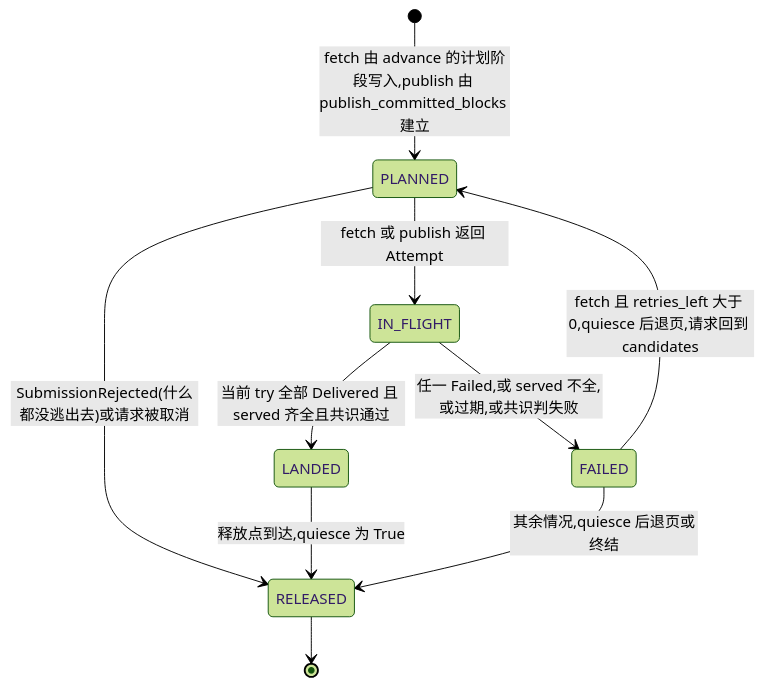
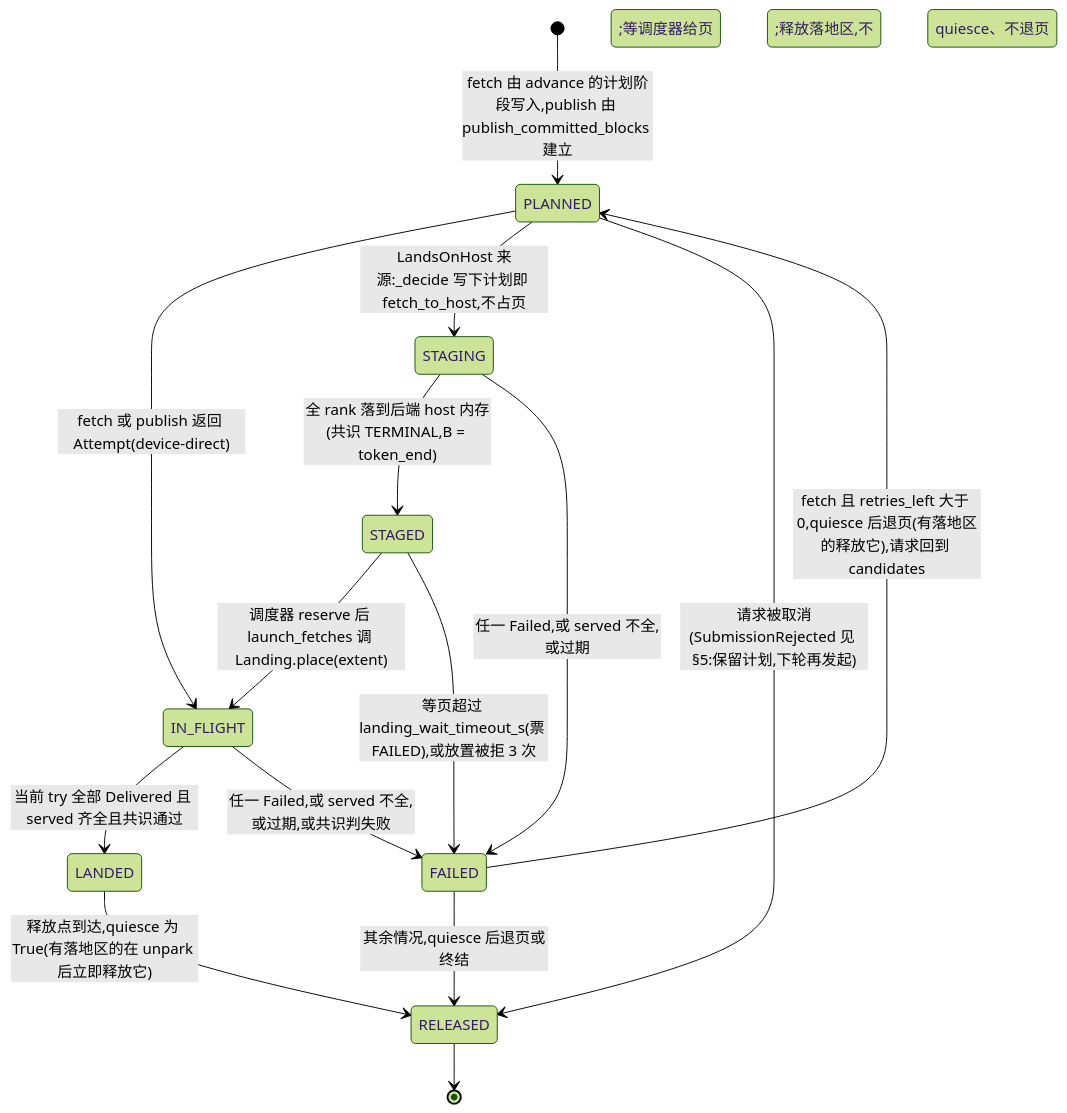
Before and after one commit to chuangz0/TensorRT-LLM: the fourth of 6 diagrams in docs/shared/KV_TRANSFER_COORDINATOR_DESIGN.zh.md, drawn with Mermaid (forest theme). The commit also changed other lines of this file and 23 other files, not shown here.

First line of the commit message:
[None][feat] Land blob store fetches on host memory before pages are reserved

````diff
--- a/docs/shared/KV_TRANSFER_COORDINATOR_DESIGN.zh.md
+++ b/docs/shared/KV_TRANSFER_COORDINATOR_DESIGN.zh.md
@@ -260,12 +260,17 @@
 ```mermaid
 stateDiagram-v2
     [*] --> PLANNED: fetch 由 advance 的计划阶段写入,publish 由 publish_committed_blocks 建立
-    PLANNED --> IN_FLIGHT: fetch 或 publish 返回 Attempt
-    PLANNED --> RELEASED: SubmissionRejected(什么都没逃出去)或请求被取消
+    PLANNED --> IN_FLIGHT: fetch 或 publish 返回 Attempt(device-direct)
+    PLANNED --> STAGING: LandsOnHost 来源:_decide 写下计划即 fetch_to_host,不占页
+    PLANNED --> RELEASED: 请求被取消(SubmissionRejected 见 §5:保留计划,下轮再发起)
+    STAGING --> STAGED: 全 rank 落到后端 host 内存(共识 TERMINAL,B = token_end);等调度器给页
+    STAGING --> FAILED: 任一 Failed,或 served 不全,或过期;释放落地区,不 quiesce、不退页
+    STAGED --> IN_FLIGHT: 调度器 reserve 后 launch_fetches 调 Landing.place(extent)
+    STAGED --> FAILED: 等页超过 landing_wait_timeout_s(票 FAILED),或放置被拒 3 次
     IN_FLIGHT --> LANDED: 当前 try 全部 Delivered 且 served 齐全且共识通过
     IN_FLIGHT --> FAILED: 任一 Failed,或 served 不全,或过期,或共识判失败
-    LANDED --> RELEASED: 释放点到达,quiesce 为 True
-    FAILED --> PLANNED: fetch 且 retries_left 大于 0,quiesce 后退页,请求回到 candidates
+    LANDED --> RELEASED: 释放点到达,quiesce 为 True(有落地区的在 unpark 后立即释放它)
+    FAILED --> PLANNED: fetch 且 retries_left 大于 0,quiesce 后退页(有落地区的释放它),请求回到 candidates
     FAILED --> RELEASED: 其余情况,quiesce 后退页或终结
     RELEASED --> [*]
 ```
````
